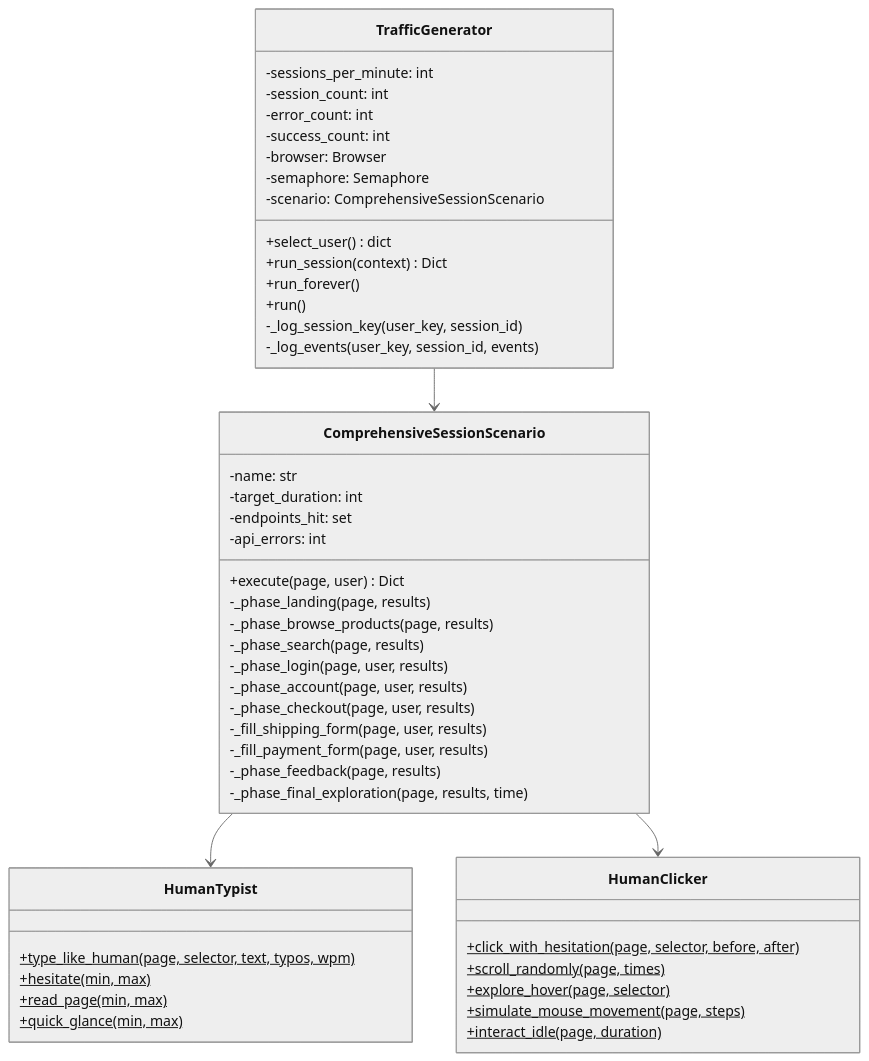
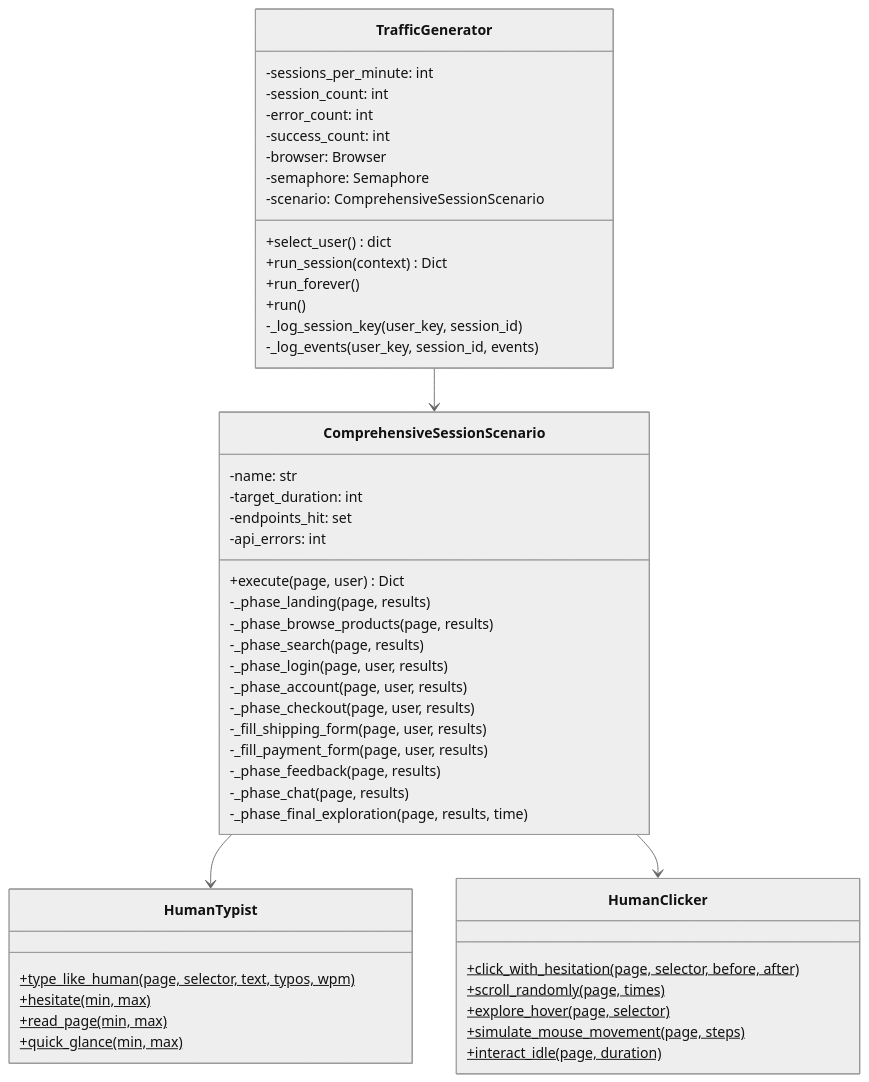
Before and after one commit to ttotenberg-ld/launchdarkly-fullstack-o11y-populator: the seventh of 11 diagrams in agents/simulator-diagram.md, drawn with Mermaid (neutral theme). The commit also changed other lines of this file and 11 other files, not shown here.

````diff
--- a/agents/simulator-diagram.md
+++ b/agents/simulator-diagram.md
@@ -313,55 +342,56 @@
 ```mermaid
 classDiagram
     class TrafficGenerator {
         -sessions_per_minute: int
         -session_count: int
         -error_count: int
         -success_count: int
         -browser: Browser
         -semaphore: Semaphore
         -scenario: ComprehensiveSessionScenario
         +select_user() dict
         +run_session(context) Dict
         +run_forever()
         +run()
         -_log_session_key(user_key, session_id)
         -_log_events(user_key, session_id, events)
     }
 
     class ComprehensiveSessionScenario {
         -name: str
         -target_duration: int
         -endpoints_hit: set
         -api_errors: int
         +execute(page, user) Dict
         -_phase_landing(page, results)
         -_phase_browse_products(page, results)
         -_phase_search(page, results)
         -_phase_login(page, user, results)
         -_phase_account(page, user, results)
         -_phase_checkout(page, user, results)
         -_fill_shipping_form(page, user, results)
         -_fill_payment_form(page, user, results)
         -_phase_feedback(page, results)
+        -_phase_chat(page, results)
         -_phase_final_exploration(page, results, time)
     }
 
     class HumanTypist {
         +type_like_human(page, selector, text, typos, wpm)$
         +hesitate(min, max)$
         +read_page(min, max)$
         +quick_glance(min, max)$
     }
 
     class HumanClicker {
         +click_with_hesitation(page, selector, before, after)$
         +scroll_randomly(page, times)$
         +explore_hover(page, selector)$
         +simulate_mouse_movement(page, steps)$
         +interact_idle(page, duration)$
     }
 
     TrafficGenerator --> ComprehensiveSessionScenario
     ComprehensiveSessionScenario --> HumanTypist
     ComprehensiveSessionScenario --> HumanClicker
 ```
````
